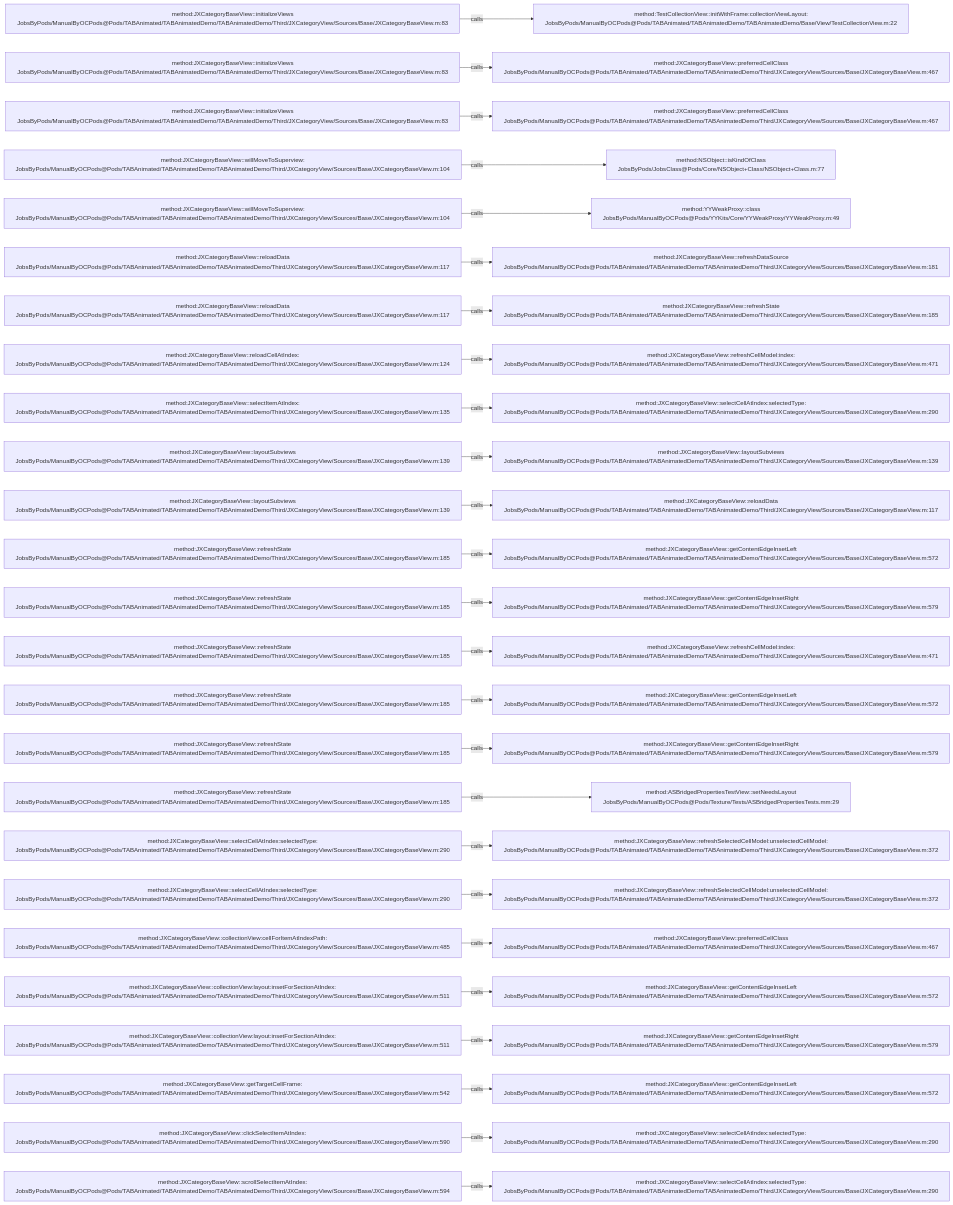
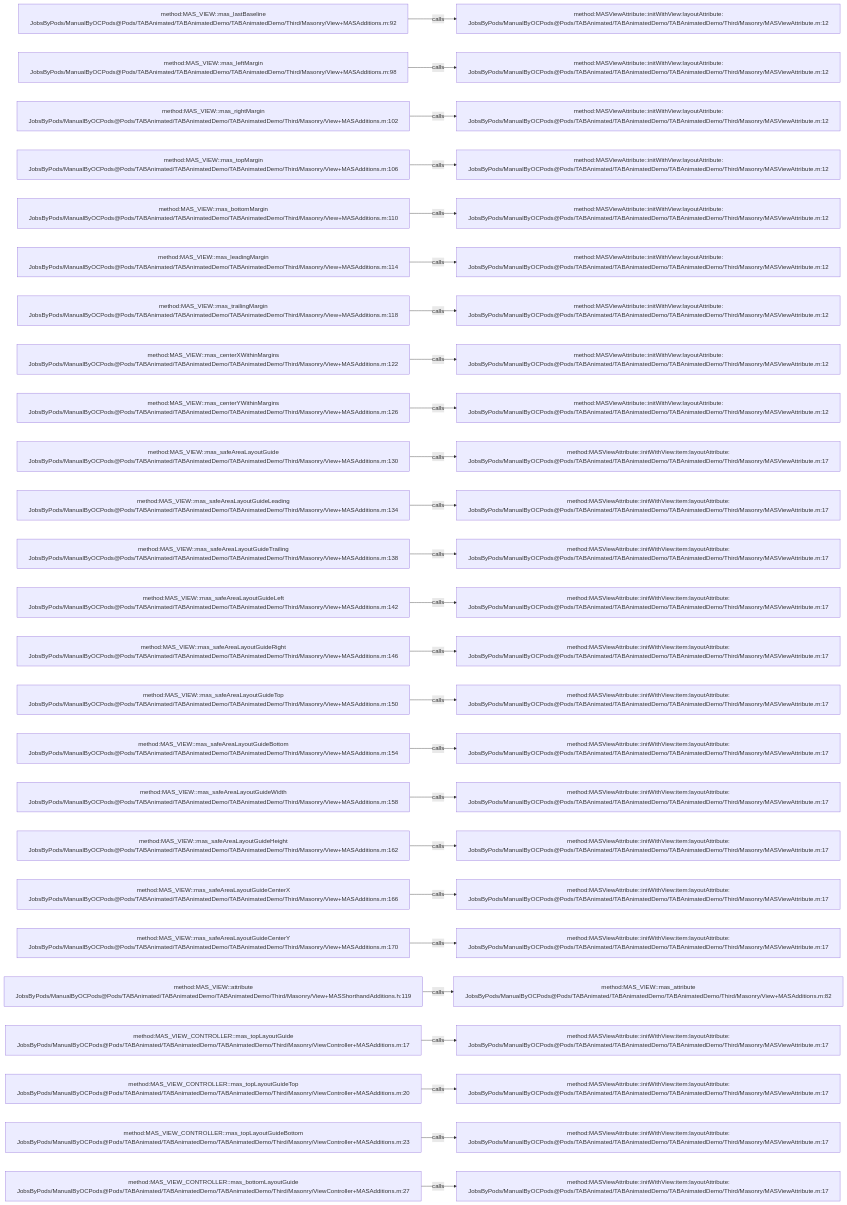
One commit to JobsKits/JobsOCBaseConfigDemo changed the diagram in .codegraph/codegraph.md/graphs/calls-039.md. Above: the diagram before and after it, drawn with Mermaid. The commit also changed 1448 other files, not shown here.

````diff
--- a/.codegraph/codegraph.md/graphs/calls-039.md
+++ b/.codegraph/codegraph.md/graphs/calls-039.md
@@ -13,78 +13,78 @@
 ```mermaid
 flowchart LR
-  S1["method:JXCategoryBaseView::initializeViews<br/>JobsByPods/ManualByOCPods@Pods/TABAnimated/TABAnimatedDemo/TABAnimatedDemo/Third/JXCategoryView/Sources/Base/JXCategoryBaseView.m:83"]
-  T1["method:TestCollectionView::initWithFrame:collectionViewLayout:<br/>JobsByPods/ManualByOCPods@Pods/TABAnimated/TABAnimatedDemo/TABAnimatedDemo/Base/View/TestCollectionView.m:22"]
+  S1["method:MAS_VIEW::mas_lastBaseline<br/>JobsByPods/ManualByOCPods@Pods/TABAnimated/TABAnimatedDemo/TABAnimatedDemo/Third/Masonry/View+MASAdditions.m:92"]
+  T1["method:MASViewAttribute::initWithView:layoutAttribute:<br/>JobsByPods/ManualByOCPods@Pods/TABAnimated/TABAnimatedDemo/TABAnimatedDemo/Third/Masonry/MASViewAttribute.m:12"]
   S1 -->|calls| T1
-  S2["method:JXCategoryBaseView::initializeViews<br/>JobsByPods/ManualByOCPods@Pods/TABAnimated/TABAnimatedDemo/TABAnimatedDemo/Third/JXCategoryView/Sources/Base/JXCategoryBaseView.m:83"]
-  T2["method:JXCategoryBaseView::preferredCellClass<br/>JobsByPods/ManualByOCPods@Pods/TABAnimated/TABAnimatedDemo/TABAnimatedDemo/Third/JXCategoryView/Sources/Base/JXCategoryBaseView.m:467"]
+  S2["method:MAS_VIEW::mas_leftMargin<br/>JobsByPods/ManualByOCPods@Pods/TABAnimated/TABAnimatedDemo/TABAnimatedDemo/Third/Masonry/View+MASAdditions.m:98"]
+  T2["method:MASViewAttribute::initWithView:layoutAttribute:<br/>JobsByPods/ManualByOCPods@Pods/TABAnimated/TABAnimatedDemo/TABAnimatedDemo/Third/Masonry/MASViewAttribute.m:12"]
   S2 -->|calls| T2
-  S3["method:JXCategoryBaseView::initializeViews<br/>JobsByPods/ManualByOCPods@Pods/TABAnimated/TABAnimatedDemo/TABAnimatedDemo/Third/JXCategoryView/Sources/Base/JXCategoryBaseView.m:83"]
-  T3["method:JXCategoryBaseView::preferredCellClass<br/>JobsByPods/ManualByOCPods@Pods/TABAnimated/TABAnimatedDemo/TABAnimatedDemo/Third/JXCategoryView/Sources/Base/JXCategoryBaseView.m:467"]
+  S3["method:MAS_VIEW::mas_rightMargin<br/>JobsByPods/ManualByOCPods@Pods/TABAnimated/TABAnimatedDemo/TABAnimatedDemo/Third/Masonry/View+MASAdditions.m:102"]
+  T3["method:MASViewAttribute::initWithView:layoutAttribute:<br/>JobsByPods/ManualByOCPods@Pods/TABAnimated/TABAnimatedDemo/TABAnimatedDemo/Third/Masonry/MASViewAttribute.m:12"]
   S3 -->|calls| T3
-  S4["method:JXCategoryBaseView::willMoveToSuperview:<br/>JobsByPods/ManualByOCPods@Pods/TABAnimated/TABAnimatedDemo/TABAnimatedDemo/Third/JXCategoryView/Sources/Base/JXCategoryBaseView.m:104"]
-  T4["method:NSObject::isKindOfClass<br/>JobsByPods/JobsClass@Pods/Core/NSObject+Class/NSObject+Class.m:77"]
+  S4["method:MAS_VIEW::mas_topMargin<br/>JobsByPods/ManualByOCPods@Pods/TABAnimated/TABAnimatedDemo/TABAnimatedDemo/Third/Masonry/View+MASAdditions.m:106"]
+  T4["method:MASViewAttribute::initWithView:layoutAttribute:<br/>JobsByPods/ManualByOCPods@Pods/TABAnimated/TABAnimatedDemo/TABAnimatedDemo/Third/Masonry/MASViewAttribute.m:12"]
   S4 -->|calls| T4
-  S5["method:JXCategoryBaseView::willMoveToSuperview:<br/>JobsByPods/ManualByOCPods@Pods/TABAnimated/TABAnimatedDemo/TABAnimatedDemo/Third/JXCategoryView/Sources/Base/JXCategoryBaseView.m:104"]
-  T5["method:YYWeakProxy::class<br/>JobsByPods/ManualByOCPods@Pods/YYKits/Core/YYWeakProxy/YYWeakProxy.m:49"]
+  S5["method:MAS_VIEW::mas_bottomMargin<br/>JobsByPods/ManualByOCPods@Pods/TABAnimated/TABAnimatedDemo/TABAnimatedDemo/Third/Masonry/View+MASAdditions.m:110"]
+  T5["method:MASViewAttribute::initWithView:layoutAttribute:<br/>JobsByPods/ManualByOCPods@Pods/TABAnimated/TABAnimatedDemo/TABAnimatedDemo/Third/Masonry/MASViewAttribute.m:12"]
   S5 -->|calls| T5
-  S6["method:JXCategoryBaseView::reloadData<br/>JobsByPods/ManualByOCPods@Pods/TABAnimated/TABAnimatedDemo/TABAnimatedDemo/Third/JXCategoryView/Sources/Base/JXCategoryBaseView.m:117"]
-  T6["method:JXCategoryBaseView::refreshDataSource<br/>JobsByPods/ManualByOCPods@Pods/TABAnimated/TABAnimatedDemo/TABAnimatedDemo/Third/JXCategoryView/Sources/Base/JXCategoryBaseView.m:181"]
+  S6["method:MAS_VIEW::mas_leadingMargin<br/>JobsByPods/ManualByOCPods@Pods/TABAnimated/TABAnimatedDemo/TABAnimatedDemo/Third/Masonry/View+MASAdditions.m:114"]
+  T6["method:MASViewAttribute::initWithView:layoutAttribute:<br/>JobsByPods/ManualByOCPods@Pods/TABAnimated/TABAnimatedDemo/TABAnimatedDemo/Third/Masonry/MASViewAttribute.m:12"]
   S6 -->|calls| T6
-  S7["method:JXCategoryBaseView::reloadData<br/>JobsByPods/ManualByOCPods@Pods/TABAnimated/TABAnimatedDemo/TABAnimatedDemo/Third/JXCategoryView/Sources/Base/JXCategoryBaseView.m:117"]
-  T7["method:JXCategoryBaseView::refreshState<br/>JobsByPods/ManualByOCPods@Pods/TABAnimated/TABAnimatedDemo/TABAnimatedDemo/Third/JXCategoryView/Sources/Base/JXCategoryBaseView.m:185"]
+  S7["method:MAS_VIEW::mas_trailingMargin<br/>JobsByPods/ManualByOCPods@Pods/TABAnimated/TABAnimatedDemo/TABAnimatedDemo/Third/Masonry/View+MASAdditions.m:118"]
+  T7["method:MASViewAttribute::initWithView:layoutAttribute:<br/>JobsByPods/ManualByOCPods@Pods/TABAnimated/TABAnimatedDemo/TABAnimatedDemo/Third/Masonry/MASViewAttribute.m:12"]
   S7 -->|calls| T7
-  S8["method:JXCategoryBaseView::reloadCellAtIndex:<br/>JobsByPods/ManualByOCPods@Pods/TABAnimated/TABAnimatedDemo/TABAnimatedDemo/Third/JXCategoryView/Sources/Base/JXCategoryBaseView.m:124"]
-  T8["method:JXCategoryBaseView::refreshCellModel:index:<br/>JobsByPods/ManualByOCPods@Pods/TABAnimated/TABAnimatedDemo/TABAnimatedDemo/Third/JXCategoryView/Sources/Base/JXCategoryBaseView.m:471"]
+  S8["method:MAS_VIEW::mas_centerXWithinMargins<br/>JobsByPods/ManualByOCPods@Pods/TABAnimated/TABAnimatedDemo/TABAnimatedDemo/Third/Masonry/View+MASAdditions.m:122"]
+  T8["method:MASViewAttribute::initWithView:layoutAttribute:<br/>JobsByPods/ManualByOCPods@Pods/TABAnimated/TABAnimatedDemo/TABAnimatedDemo/Third/Masonry/MASViewAttribute.m:12"]
   S8 -->|calls| T8
-  S9["method:JXCategoryBaseView::selectItemAtIndex:<br/>JobsByPods/ManualByOCPods@Pods/TABAnimated/TABAnimatedDemo/TABAnimatedDemo/Third/JXCategoryView/Sources/Base/JXCategoryBaseView.m:135"]
-  T9["method:JXCategoryBaseView::selectCellAtIndex:selectedType:<br/>JobsByPods/ManualByOCPods@Pods/TABAnimated/TABAnimatedDemo/TABAnimatedDemo/Third/JXCategoryView/Sources/Base/JXCategoryBaseView.m:290"]
+  S9["method:MAS_VIEW::mas_centerYWithinMargins<br/>JobsByPods/ManualByOCPods@Pods/TABAnimated/TABAnimatedDemo/TABAnimatedDemo/Third/Masonry/View+MASAdditions.m:126"]
+  T9["method:MASViewAttribute::initWithView:layoutAttribute:<br/>JobsByPods/ManualByOCPods@Pods/TABAnimated/TABAnimatedDemo/TABAnimatedDemo/Third/Masonry/MASViewAttribute.m:12"]
   S9 -->|calls| T9
-  S10["method:JXCategoryBaseView::layoutSubviews<br/>JobsByPods/ManualByOCPods@Pods/TABAnimated/TABAnimatedDemo/TABAnimatedDemo/Third/JXCategoryView/Sources/Base/JXCategoryBaseView.m:139"]
-  T10["method:JXCategoryBaseView::layoutSubviews<br/>JobsByPods/ManualByOCPods@Pods/TABAnimated/TABAnimatedDemo/TABAnimatedDemo/Third/JXCategoryView/Sources/Base/JXCategoryBaseView.m:139"]
+  S10["method:MAS_VIEW::mas_safeAreaLayoutGuide<br/>JobsByPods/ManualByOCPods@Pods/TABAnimated/TABAnimatedDemo/TABAnimatedDemo/Third/Masonry/View+MASAdditions.m:130"]
+  T10["method:MASViewAttribute::initWithView:item:layoutAttribute:<br/>JobsByPods/ManualByOCPods@Pods/TABAnimated/TABAnimatedDemo/TABAnimatedDemo/Third/Masonry/MASViewAttribute.m:17"]
   S10 -->|calls| T10
-  S11["method:JXCategoryBaseView::layoutSubviews<br/>JobsByPods/ManualByOCPods@Pods/TABAnimated/TABAnimatedDemo/TABAnimatedDemo/Third/JXCategoryView/Sources/Base/JXCategoryBaseView.m:139"]
-  T11["method:JXCategoryBaseView::reloadData<br/>JobsByPods/ManualByOCPods@Pods/TABAnimated/TABAnimatedDemo/TABAnimatedDemo/Third/JXCategoryView/Sources/Base/JXCategoryBaseView.m:117"]
+  S11["method:MAS_VIEW::mas_safeAreaLayoutGuideLeading<br/>JobsByPods/ManualByOCPods@Pods/TABAnimated/TABAnimatedDemo/TABAnimatedDemo/Third/Masonry/View+MASAdditions.m:134"]
+  T11["method:MASViewAttribute::initWithView:item:layoutAttribute:<br/>JobsByPods/ManualByOCPods@Pods/TABAnimated/TABAnimatedDemo/TABAnimatedDemo/Third/Masonry/MASViewAttribute.m:17"]
   S11 -->|calls| T11
-  S12["method:JXCategoryBaseView::refreshState<br/>JobsByPods/ManualByOCPods@Pods/TABAnimated/TABAnimatedDemo/TABAnimatedDemo/Third/JXCategoryView/Sources/Base/JXCategoryBaseView.m:185"]
-  T12["method:JXCategoryBaseView::getContentEdgeInsetLeft<br/>JobsByPods/ManualByOCPods@Pods/TABAnimated/TABAnimatedDemo/TABAnimatedDemo/Third/JXCategoryView/Sources/Base/JXCategoryBaseView.m:572"]
+  S12["method:MAS_VIEW::mas_safeAreaLayoutGuideTrailing<br/>JobsByPods/ManualByOCPods@Pods/TABAnimated/TABAnimatedDemo/TABAnimatedDemo/Third/Masonry/View+MASAdditions.m:138"]
+  T12["method:MASViewAttribute::initWithView:item:layoutAttribute:<br/>JobsByPods/ManualByOCPods@Pods/TABAnimated/TABAnimatedDemo/TABAnimatedDemo/Third/Masonry/MASViewAttribute.m:17"]
   S12 -->|calls| T12
-  S13["method:JXCategoryBaseView::refreshState<br/>JobsByPods/ManualByOCPods@Pods/TABAnimated/TABAnimatedDemo/TABAnimatedDemo/Third/JXCategoryView/Sources/Base/JXCategoryBaseView.m:185"]
-  T13["method:JXCategoryBaseView::getContentEdgeInsetRight<br/>JobsByPods/ManualByOCPods@Pods/TABAnimated/TABAnimatedDemo/TABAnimatedDemo/Third/JXCategoryView/Sources/Base/JXCategoryBaseView.m:579"]
+  S13["method:MAS_VIEW::mas_safeAreaLayoutGuideLeft<br/>JobsByPods/ManualByOCPods@Pods/TABAnimated/TABAnimatedDemo/TABAnimatedDemo/Third/Masonry/View+MASAdditions.m:142"]
+  T13["method:MASViewAttribute::initWithView:item:layoutAttribute:<br/>JobsByPods/ManualByOCPods@Pods/TABAnimated/TABAnimatedDemo/TABAnimatedDemo/Third/Masonry/MASViewAttribute.m:17"]
   S13 -->|calls| T13
-  S14["method:JXCategoryBaseView::refreshState<br/>JobsByPods/ManualByOCPods@Pods/TABAnimated/TABAnimatedDemo/TABAnimatedDemo/Third/JXCategoryView/Sources/Base/JXCategoryBaseView.m:185"]
-  T14["method:JXCategoryBaseView::refreshCellModel:index:<br/>JobsByPods/ManualByOCPods@Pods/TABAnimated/TABAnimatedDemo/TABAnimatedDemo/Third/JXCategoryView/Sources/Base/JXCategoryBaseView.m:471"]
+  S14["method:MAS_VIEW::mas_safeAreaLayoutGuideRight<br/>JobsByPods/ManualByOCPods@Pods/TABAnimated/TABAnimatedDemo/TABAnimatedDemo/Third/Masonry/View+MASAdditions.m:146"]
+  T14["method:MASViewAttribute::initWithView:item:layoutAttribute:<br/>JobsByPods/ManualByOCPods@Pods/TABAnimated/TABAnimatedDemo/TABAnimatedDemo/Third/Masonry/MASViewAttribute.m:17"]
   S14 -->|calls| T14
-  S15["method:JXCategoryBaseView::refreshState<br/>JobsByPods/ManualByOCPods@Pods/TABAnimated/TABAnimatedDemo/TABAnimatedDemo/Third/JXCategoryView/Sources/Base/JXCategoryBaseView.m:185"]
-  T15["method:JXCategoryBaseView::getContentEdgeInsetLeft<br/>JobsByPods/ManualByOCPods@Pods/TABAnimated/TABAnimatedDemo/TABAnimatedDemo/Third/JXCategoryView/Sources/Base/JXCategoryBaseView.m:572"]
+  S15["method:MAS_VIEW::mas_safeAreaLayoutGuideTop<br/>JobsByPods/ManualByOCPods@Pods/TABAnimated/TABAnimatedDemo/TABAnimatedDemo/Third/Masonry/View+MASAdditions.m:150"]
+  T15["method:MASViewAttribute::initWithView:item:layoutAttribute:<br/>JobsByPods/ManualByOCPods@Pods/TABAnimated/TABAnimatedDemo/TABAnimatedDemo/Third/Masonry/MASViewAttribute.m:17"]
   S15 -->|calls| T15
-  S16["method:JXCategoryBaseView::refreshState<br/>JobsByPods/ManualByOCPods@Pods/TABAnimated/TABAnimatedDemo/TABAnimatedDemo/Third/JXCategoryView/Sources/Base/JXCategoryBaseView.m:185"]
-  T16["method:JXCategoryBaseView::getContentEdgeInsetRight<br/>JobsByPods/ManualByOCPods@Pods/TABAnimated/TABAnimatedDemo/TABAnimatedDemo/Third/JXCategoryView/Sources/Base/JXCategoryBaseView.m:579"]
+  S16["method:MAS_VIEW::mas_safeAreaLayoutGuideBottom<br/>JobsByPods/ManualByOCPods@Pods/TABAnimated/TABAnimatedDemo/TABAnimatedDemo/Third/Masonry/View+MASAdditions.m:154"]
+  T16["method:MASViewAttribute::initWithView:item:layoutAttribute:<br/>JobsByPods/ManualByOCPods@Pods/TABAnimated/TABAnimatedDemo/TABAnimatedDemo/Third/Masonry/MASViewAttribute.m:17"]
   S16 -->|calls| T16
-  S17["method:JXCategoryBaseView::refreshState<br/>JobsByPods/ManualByOCPods@Pods/TABAnimated/TABAnimatedDemo/TABAnimatedDemo/Third/JXCategoryView/Sources/Base/JXCategoryBaseView.m:185"]
-  T17["method:ASBridgedPropertiesTestView::setNeedsLayout<br/>JobsByPods/ManualByOCPods@Pods/Texture/Tests/ASBridgedPropertiesTests.mm:29"]
+  S17["method:MAS_VIEW::mas_safeAreaLayoutGuideWidth<br/>JobsByPods/ManualByOCPods@Pods/TABAnimated/TABAnimatedDemo/TABAnimatedDemo/Third/Masonry/View+MASAdditions.m:158"]
+  T17["method:MASViewAttribute::initWithView:item:layoutAttribute:<br/>JobsByPods/ManualByOCPods@Pods/TABAnimated/TABAnimatedDemo/TABAnimatedDemo/Third/Masonry/MASViewAttribute.m:17"]
   S17 -->|calls| T17
-  S18["method:JXCategoryBaseView::selectCellAtIndex:selectedType:<br/>JobsByPods/ManualByOCPods@Pods/TABAnimated/TABAnimatedDemo/TABAnimatedDemo/Third/JXCategoryView/Sources/Base/JXCategoryBaseView.m:290"]
-  T18["method:JXCategoryBaseView::refreshSelectedCellModel:unselectedCellModel:<br/>JobsByPods/ManualByOCPods@Pods/TABAnimated/TABAnimatedDemo/TABAnimatedDemo/Third/JXCategoryView/Sources/Base/JXCategoryBaseView.m:372"]
+  S18["method:MAS_VIEW::mas_safeAreaLayoutGuideHeight<br/>JobsByPods/ManualByOCPods@Pods/TABAnimated/TABAnimatedDemo/TABAnimatedDemo/Third/Masonry/View+MASAdditions.m:162"]
+  T18["method:MASViewAttribute::initWithView:item:layoutAttribute:<br/>JobsByPods/ManualByOCPods@Pods/TABAnimated/TABAnimatedDemo/TABAnimatedDemo/Third/Masonry/MASViewAttribute.m:17"]
   S18 -->|calls| T18
-  S19["method:JXCategoryBaseView::selectCellAtIndex:selectedType:<br/>JobsByPods/ManualByOCPods@Pods/TABAnimated/TABAnimatedDemo/TABAnimatedDemo/Third/JXCategoryView/Sources/Base/JXCategoryBaseView.m:290"]
-  T19["method:JXCategoryBaseView::refreshSelectedCellModel:unselectedCellModel:<br/>JobsByPods/ManualByOCPods@Pods/TABAnimated/TABAnimatedDemo/TABAnimatedDemo/Third/JXCategoryView/Sources/Base/JXCategoryBaseView.m:372"]
+  S19["method:MAS_VIEW::mas_safeAreaLayoutGuideCenterX<br/>JobsByPods/ManualByOCPods@Pods/TABAnimated/TABAnimatedDemo/TABAnimatedDemo/Third/Masonry/View+MASAdditions.m:166"]
+  T19["method:MASViewAttribute::initWithView:item:layoutAttribute:<br/>JobsByPods/ManualByOCPods@Pods/TABAnimated/TABAnimatedDemo/TABAnimatedDemo/Third/Masonry/MASViewAttribute.m:17"]
   S19 -->|calls| T19
-  S20["method:JXCategoryBaseView::collectionView:cellForItemAtIndexPath:<br/>JobsByPods/ManualByOCPods@Pods/TABAnimated/TABAnimatedDemo/TABAnimatedDemo/Third/JXCategoryView/Sources/Base/JXCategoryBaseView.m:485"]
-  T20["method:JXCategoryBaseView::preferredCellClass<br/>JobsByPods/ManualByOCPods@Pods/TABAnimated/TABAnimatedDemo/TABAnimatedDemo/Third/JXCategoryView/Sources/Base/JXCategoryBaseView.m:467"]
+  S20["method:MAS_VIEW::mas_safeAreaLayoutGuideCenterY<br/>JobsByPods/ManualByOCPods@Pods/TABAnimated/TABAnimatedDemo/TABAnimatedDemo/Third/Masonry/View+MASAdditions.m:170"]
+  T20["method:MASViewAttribute::initWithView:item:layoutAttribute:<br/>JobsByPods/ManualByOCPods@Pods/TABAnimated/TABAnimatedDemo/TABAnimatedDemo/Third/Masonry/MASViewAttribute.m:17"]
   S20 -->|calls| T20
-  S21["method:JXCategoryBaseView::collectionView:layout:insetForSectionAtIndex:<br/>JobsByPods/ManualByOCPods@Pods/TABAnimated/TABAnimatedDemo/TABAnimatedDemo/Third/JXCategoryView/Sources/Base/JXCategoryBaseView.m:511"]
-  T21["method:JXCategoryBaseView::getContentEdgeInsetLeft<br/>JobsByPods/ManualByOCPods@Pods/TABAnimated/TABAnimatedDemo/TABAnimatedDemo/Third/JXCategoryView/Sources/Base/JXCategoryBaseView.m:572"]
+  S21["method:MAS_VIEW::attribute<br/>JobsByPods/ManualByOCPods@Pods/TABAnimated/TABAnimatedDemo/TABAnimatedDemo/Third/Masonry/View+MASShorthandAdditions.h:119"]
+  T21["method:MAS_VIEW::mas_attribute<br/>JobsByPods/ManualByOCPods@Pods/TABAnimated/TABAnimatedDemo/TABAnimatedDemo/Third/Masonry/View+MASAdditions.m:82"]
   S21 -->|calls| T21
-  S22["method:JXCategoryBaseView::collectionView:layout:insetForSectionAtIndex:<br/>JobsByPods/ManualByOCPods@Pods/TABAnimated/TABAnimatedDemo/TABAnimatedDemo/Third/JXCategoryView/Sources/Base/JXCategoryBaseView.m:511"]
-  T22["method:JXCategoryBaseView::getContentEdgeInsetRight<br/>JobsByPods/ManualByOCPods@Pods/TABAnimated/TABAnimatedDemo/TABAnimatedDemo/Third/JXCategoryView/Sources/Base/JXCategoryBaseView.m:579"]
+  S22["method:MAS_VIEW_CONTROLLER::mas_topLayoutGuide<br/>JobsByPods/ManualByOCPods@Pods/TABAnimated/TABAnimatedDemo/TABAnimatedDemo/Third/Masonry/ViewController+MASAdditions.m:17"]
+  T22["method:MASViewAttribute::initWithView:item:layoutAttribute:<br/>JobsByPods/ManualByOCPods@Pods/TABAnimated/TABAnimatedDemo/TABAnimatedDemo/Third/Masonry/MASViewAttribute.m:17"]
   S22 -->|calls| T22
-  S23["method:JXCategoryBaseView::getTargetCellFrame:<br/>JobsByPods/ManualByOCPods@Pods/TABAnimated/TABAnimatedDemo/TABAnimatedDemo/Third/JXCategoryView/Sources/Base/JXCategoryBaseView.m:542"]
-  T23["method:JXCategoryBaseView::getContentEdgeInsetLeft<br/>JobsByPods/ManualByOCPods@Pods/TABAnimated/TABAnimatedDemo/TABAnimatedDemo/Third/JXCategoryView/Sources/Base/JXCategoryBaseView.m:572"]
+  S23["method:MAS_VIEW_CONTROLLER::mas_topLayoutGuideTop<br/>JobsByPods/ManualByOCPods@Pods/TABAnimated/TABAnimatedDemo/TABAnimatedDemo/Third/Masonry/ViewController+MASAdditions.m:20"]
+  T23["method:MASViewAttribute::initWithView:item:layoutAttribute:<br/>JobsByPods/ManualByOCPods@Pods/TABAnimated/TABAnimatedDemo/TABAnimatedDemo/Third/Masonry/MASViewAttribute.m:17"]
   S23 -->|calls| T23
-  S24["method:JXCategoryBaseView::clickSelectItemAtIndex:<br/>JobsByPods/ManualByOCPods@Pods/TABAnimated/TABAnimatedDemo/TABAnimatedDemo/Third/JXCategoryView/Sources/Base/JXCategoryBaseView.m:590"]
-  T24["method:JXCategoryBaseView::selectCellAtIndex:selectedType:<br/>JobsByPods/ManualByOCPods@Pods/TABAnimated/TABAnimatedDemo/TABAnimatedDemo/Third/JXCategoryView/Sources/Base/JXCategoryBaseView.m:290"]
+  S24["method:MAS_VIEW_CONTROLLER::mas_topLayoutGuideBottom<br/>JobsByPods/ManualByOCPods@Pods/TABAnimated/TABAnimatedDemo/TABAnimatedDemo/Third/Masonry/ViewController+MASAdditions.m:23"]
+  T24["method:MASViewAttribute::initWithView:item:layoutAttribute:<br/>JobsByPods/ManualByOCPods@Pods/TABAnimated/TABAnimatedDemo/TABAnimatedDemo/Third/Masonry/MASViewAttribute.m:17"]
   S24 -->|calls| T24
-  S25["method:JXCategoryBaseView::scrollSelectItemAtIndex:<br/>JobsByPods/ManualByOCPods@Pods/TABAnimated/TABAnimatedDemo/TABAnimatedDemo/Third/JXCategoryView/Sources/Base/JXCategoryBaseView.m:594"]
-  T25["method:JXCategoryBaseView::selectCellAtIndex:selectedType:<br/>JobsByPods/ManualByOCPods@Pods/TABAnimated/TABAnimatedDemo/TABAnimatedDemo/Third/JXCategoryView/Sources/Base/JXCategoryBaseView.m:290"]
+  S25["method:MAS_VIEW_CONTROLLER::mas_bottomLayoutGuide<br/>JobsByPods/ManualByOCPods@Pods/TABAnimated/TABAnimatedDemo/TABAnimatedDemo/Third/Masonry/ViewController+MASAdditions.m:27"]
+  T25["method:MASViewAttribute::initWithView:item:layoutAttribute:<br/>JobsByPods/ManualByOCPods@Pods/TABAnimated/TABAnimatedDemo/TABAnimatedDemo/Third/Masonry/MASViewAttribute.m:17"]
   S25 -->|calls| T25
 ```
````
